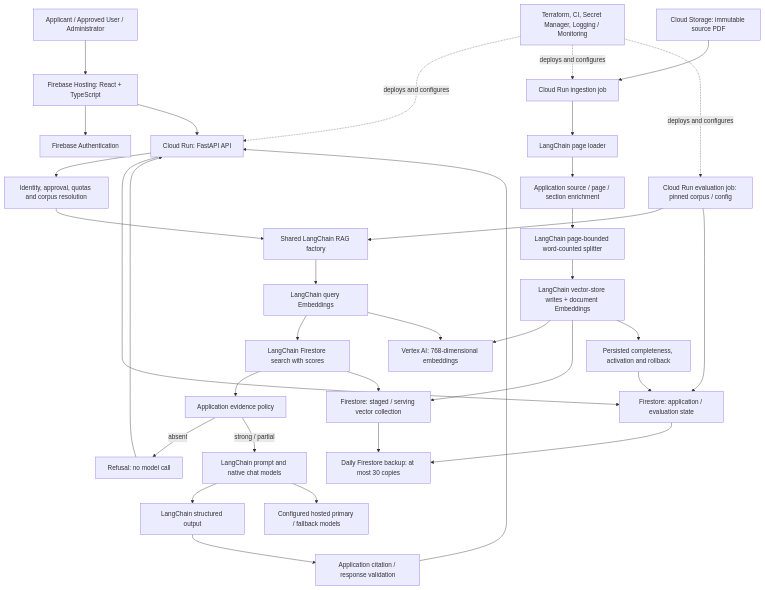
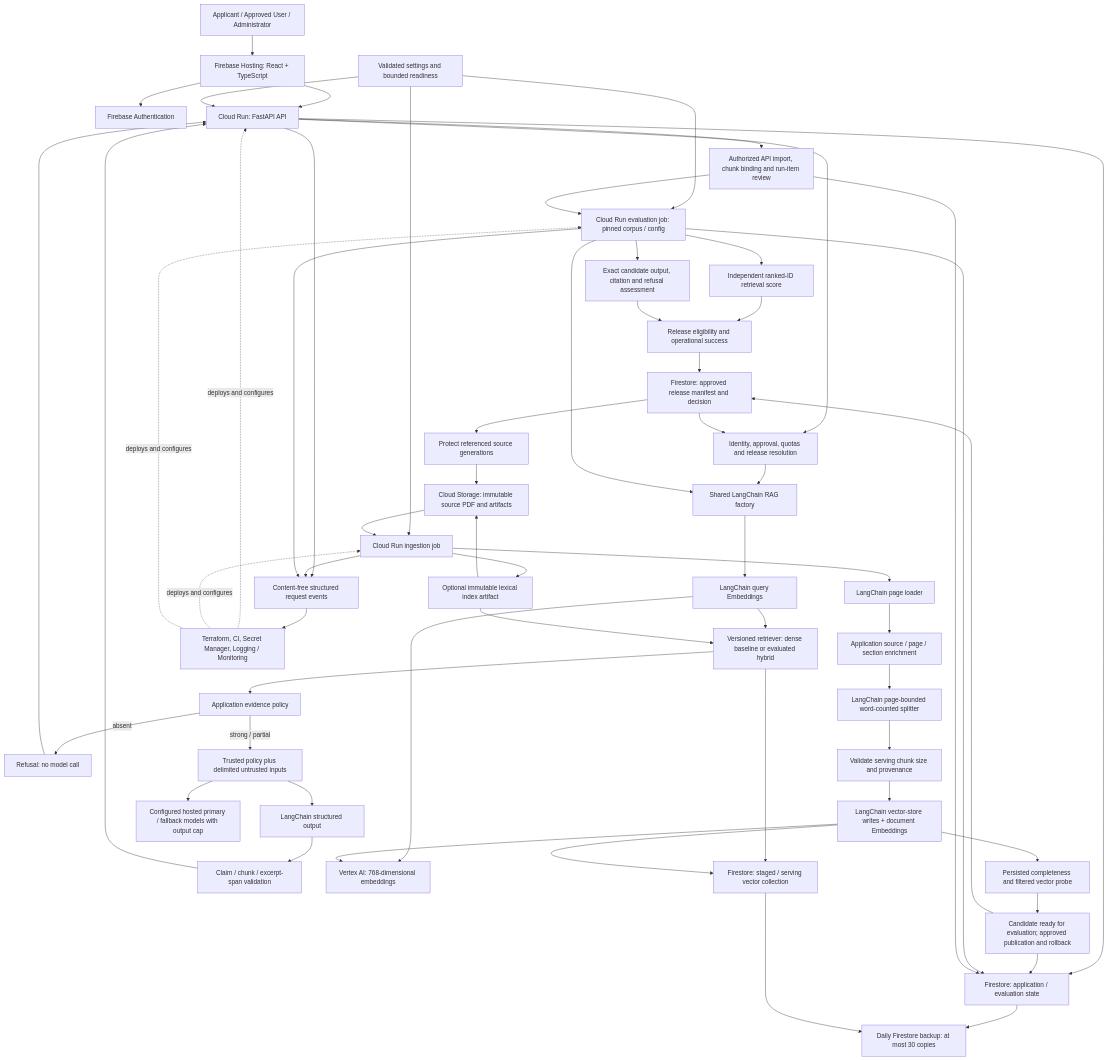
One commit to issacamara/dmbok-compass changed the diagram in documents/ARCHITECTURE.md. Above: the diagram before and after it, drawn with Mermaid. The commit also changed other lines of this file and 127 other files, not shown here.

Commit message:
chore: synchronize deployment and architecture updates

````diff
--- a/documents/ARCHITECTURE.md
+++ b/documents/ARCHITECTURE.md
@@ -136,37 +160,61 @@
 ```mermaid
 flowchart TB
     User[Applicant / Approved User / Administrator] --> Web[Firebase Hosting: React + TypeScript]
     Web --> Auth[Firebase Authentication]
     Web --> API[Cloud Run: FastAPI API]
-    API --> Guard[Identity, approval, quotas and corpus resolution]
+    API --> Guard[Identity, approval, quotas and release resolution]
+    Settings[Validated settings and bounded readiness] --> API
+    Settings --> Job
+    Settings --> Eval
+    Release[Firestore: approved release manifest and decision] --> Guard
     Guard --> Chain[Shared LangChain RAG factory]
     Chain --> Query[LangChain query Embeddings]
-    Query --> Retrieval[LangChain Firestore search with scores]
+    Query --> Retrieval[Versioned retriever: dense baseline or evaluated hybrid]
     Retrieval --> Evidence[Application evidence policy]
     Evidence -->|absent| Refusal[Refusal: no model call]
-    Evidence -->|strong / partial| Prompt[LangChain prompt and native chat models]
+    Evidence -->|strong / partial| Prompt[Trusted policy plus delimited untrusted inputs]
     Prompt --> Output[LangChain structured output]
-    Output --> Citations[Application citation / response validation]
+    Output --> Citations[Claim / chunk / excerpt-span validation]
     Citations --> API
     Refusal --> API
-    Prompt --> Models[Configured hosted primary / fallback models]
+    Prompt --> Models[Configured hosted primary / fallback models with output cap]
     Query --> Vertex[Vertex AI: 768-dimensional embeddings]
     Retrieval --> Vectors[Firestore: staged / serving vector collection]
     API --> Data[Firestore: application / evaluation state]
-    Source[Cloud Storage: immutable source PDF] --> Job[Cloud Run ingestion job]
+    Source[Cloud Storage: immutable source PDF and artifacts] --> Job[Cloud Run ingestion job]
     Job --> Loader[LangChain page loader]
     Loader --> Provenance[Application source / page / section enrichment]
     Provenance --> Splitter[LangChain page-bounded word-counted splitter]
-    Splitter --> Writes[LangChain vector-store writes + document Embeddings]
+    Splitter --> ChunkContract[Validate serving chunk size and provenance]
+    ChunkContract --> Writes[LangChain vector-store writes + document Embeddings]
     Writes --> Vertex
     Writes --> Vectors
-    Writes --> Lifecycle[Persisted completeness, activation and rollback]
+    Writes --> Probe[Persisted completeness and filtered vector probe]
+    Probe --> Lifecycle[Candidate ready for evaluation; approved publication and rollback]
     Lifecycle --> Data
+    Lifecycle --> Release
     Eval[Cloud Run evaluation job: pinned corpus / config] --> Chain
     Eval --> Data
+    API --> AdminReview[Authorized API import, chunk binding and run-item review]
+    AdminReview --> Data
+    AdminReview --> Eval
+    Eval --> RetrievalEval[Independent ranked-ID retrieval score]
+    Eval --> AnswerEval[Exact candidate output, citation and refusal assessment]
+    RetrievalEval --> Gate[Release eligibility and operational success]
+    AnswerEval --> Gate
+    Gate --> Release
+    Job --> Lexical[Optional immutable lexical index artifact]
+    Lexical --> Source
+    Lexical --> Retrieval
     Platform[Terraform, CI, Secret Manager, Logging / Monitoring] -. deploys and configures .-> API
     Platform -. deploys and configures .-> Job
     Platform -. deploys and configures .-> Eval
     Data --> Backup[Daily Firestore backup: at most 30 copies]
     Vectors --> Backup
+    API --> Telemetry[Content-free structured request events]
+    Job --> Telemetry
+    Eval --> Telemetry
+    Telemetry --> Platform
+    Release --> Retention[Protect referenced source generations]
+    Retention --> Source
 ```
````
